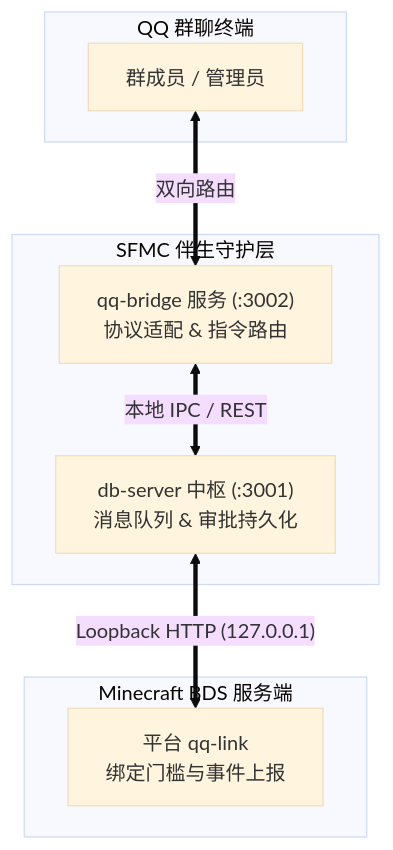
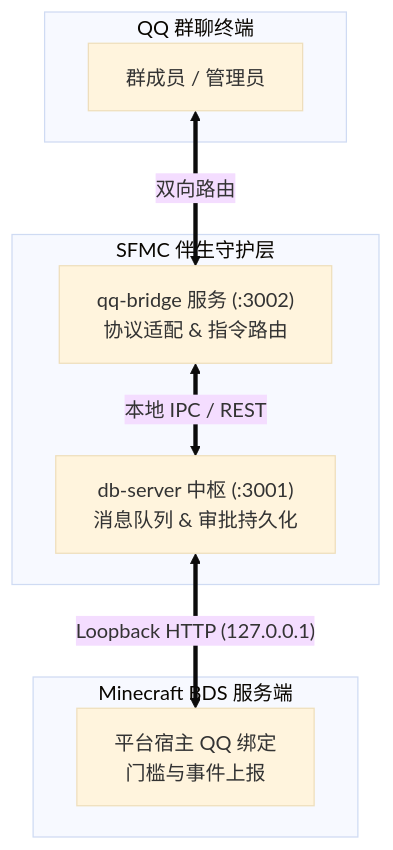
Before and after one commit to DogeLakeDev/ScriptsForMinecraftServer: the first of 3 diagrams in docs/zh/guide/qq-bridge.mdx, drawn with Mermaid (base theme). The commit also changed other lines of this file and 34 other files, not shown here.

````diff
--- a/docs/zh/guide/qq-bridge.mdx
+++ b/docs/zh/guide/qq-bridge.mdx
@@ -11,19 +11,19 @@
 ```mermaid
 flowchart TD
   subgraph QQ_Side ["QQ 群聊终端"]
     Q_User["群成员 / 管理员"]
   end
 
   subgraph Bridge_Layer ["SFMC 伴生守护层"]
     QQ_Svc["qq-bridge 服务 (:3002)<br/>协议适配 & 指令路由"]
     DB_Svc["db-server 中枢 (:3001)<br/>消息队列 & 审批持久化"]
   end
 
   subgraph Game_Layer ["Minecraft BDS 服务端"]
-    SAPI["平台 qq-link<br/>绑定门槛与事件上报"]
+    SAPI["平台宿主 QQ 绑定<br/>门槛与事件上报"]
   end
 
   Q_User <== 双向路由 ==> QQ_Svc
   QQ_Svc <== 本地 IPC / REST ==> DB_Svc
   DB_Svc <== Loopback HTTP (127.0.0.1) ==> SAPI
 ```
````
